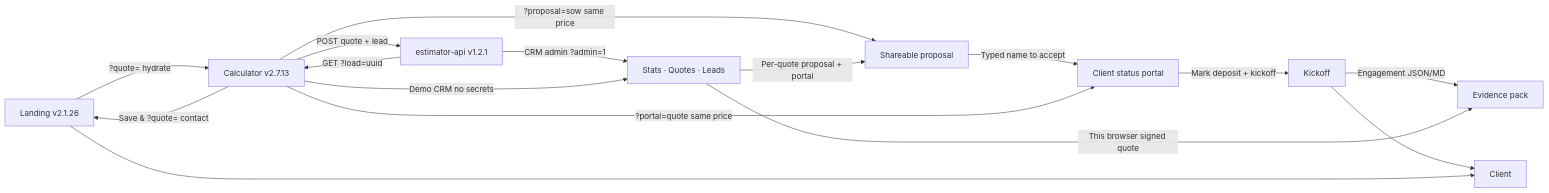
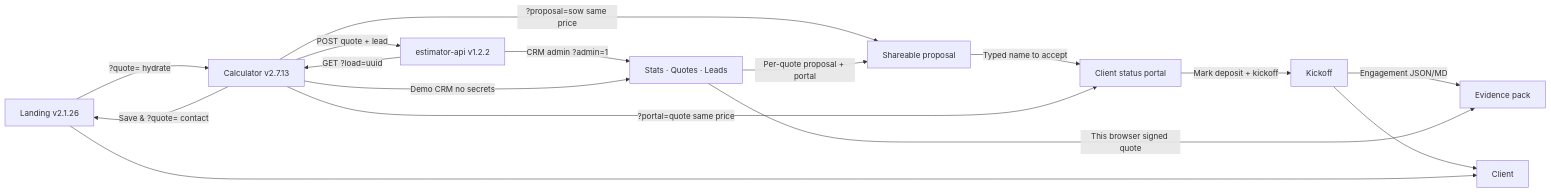
The diagram in README.md (pixellayer7-jpg/pixellayer7-jpg), drawn with Mermaid before and after one commit. The commit also changed 4 other files, not shown here.

````diff
--- a/README.md
+++ b/README.md
@@ -21,18 +21,18 @@
 ```mermaid
 flowchart LR
   A[Landing v2.1.26] -->|?quote= hydrate| B[Calculator v2.7.13]
   B -->|Save & ?quote= contact| A
   B -->|?proposal=sow same price| R[Shareable proposal]
   R -->|Typed name to accept| P[Client status portal]
   P -->|Mark deposit + kickoff| K[Kickoff]
   K -->|Engagement JSON/MD| X[Evidence pack]
   B -->|?portal=quote same price| P
-  B -->|POST quote + lead| D[estimator-api v1.2.1]
+  B -->|POST quote + lead| D[estimator-api v1.2.2]
   D -->|CRM admin ?admin=1| E[Stats · Quotes · Leads]
   B -->|Demo CRM no secrets| E
   E -->|This browser signed quote| X
   E -->|Per-quote proposal + portal| R
   K --> F[Client]
   D -->|GET ?load=uuid| B
   A --> F[Client]
 ```
````
